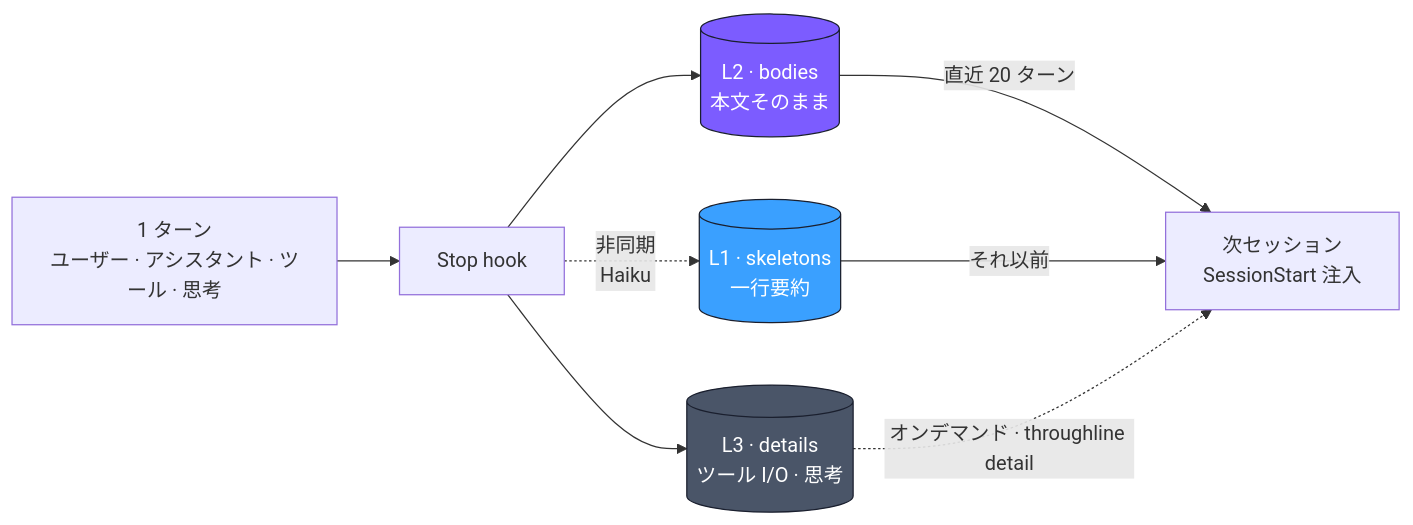
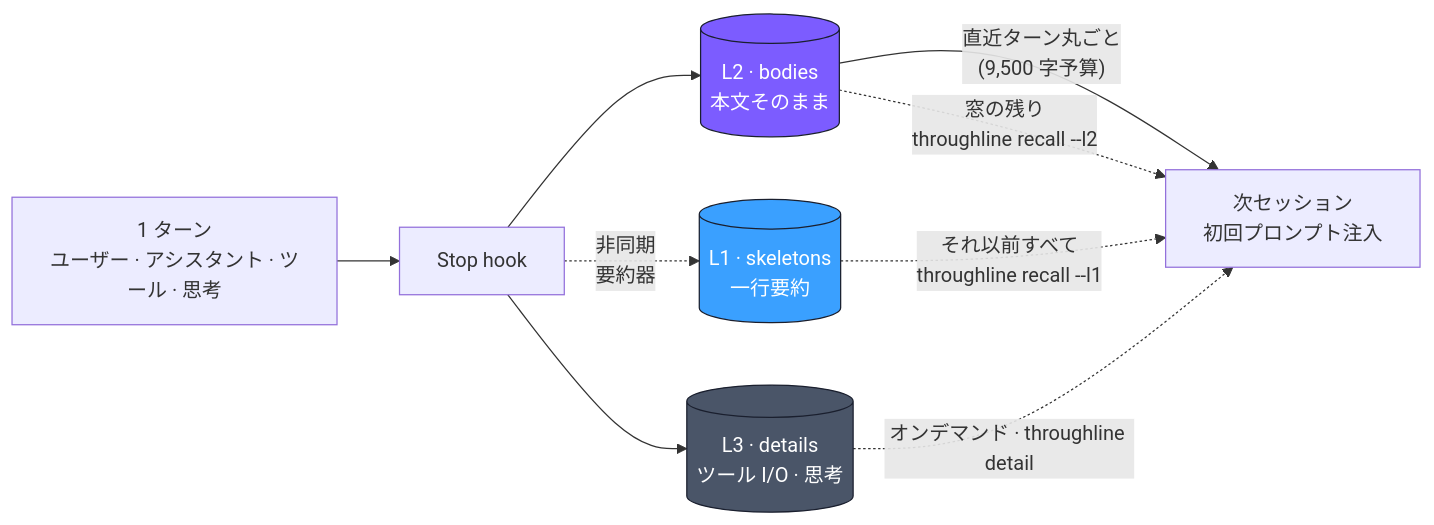
One commit to kitepon-rgb/Throughline changed the second of 3 diagrams in README.ja.md. Above: the diagram before and after it, drawn with Mermaid. The commit also changed other lines of this file and 1 other file, not shown here.

````diff
--- a/README.ja.md
+++ b/README.ja.md
@@ -99,19 +103,20 @@
 ```mermaid
 flowchart LR
     T["1 ターン<br/>ユーザー · アシスタント · ツール · 思考"]
     T --> H["Stop hook"]
     H --> L2[("L2 · bodies<br/>本文そのまま")]
     H --> L3[("L3 · details<br/>ツール I/O · 思考")]
-    H -. "非同期<br/>Haiku" .-> L1[("L1 · skeletons<br/>一行要約")]
+    H -. "非同期<br/>要約器" .-> L1[("L1 · skeletons<br/>一行要約")]
 
-    L2 -- "直近 20 ターン" --> S["次セッション<br/>SessionStart 注入"]
-    L1 -- "それ以前" --> S
+    L2 -- "直近ターン丸ごと<br/>(9,500 字予算)" --> S["次セッション<br/>初回プロンプト注入"]
+    L2 -. "窓の残り<br/>throughline recall --l2" .-> S
+    L1 -. "それ以前すべて<br/>throughline recall --l1" .-> S
     L3 -. "オンデマンド · throughline detail" .-> S
 
     classDef l1 fill:#3aa0ff,stroke:#1a1f2e,color:#fff
     classDef l2 fill:#7c5cff,stroke:#1a1f2e,color:#fff
     classDef l3 fill:#4a5568,stroke:#1a1f2e,color:#fff
     class L1 l1
     class L2 l2
     class L3 l3
 ```
````
